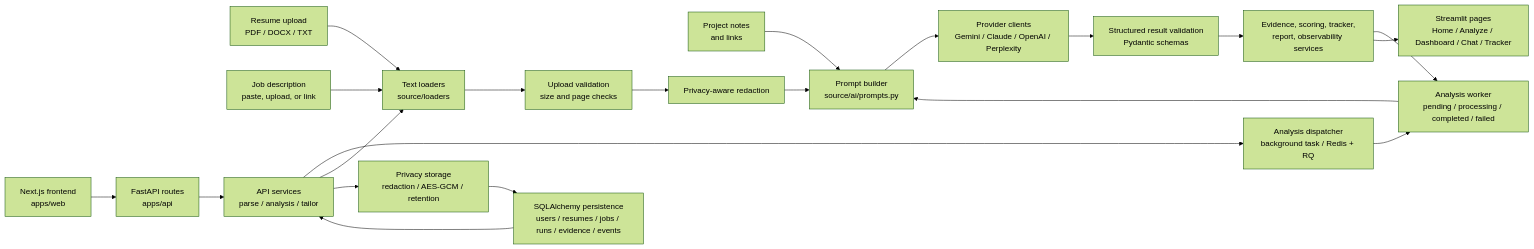
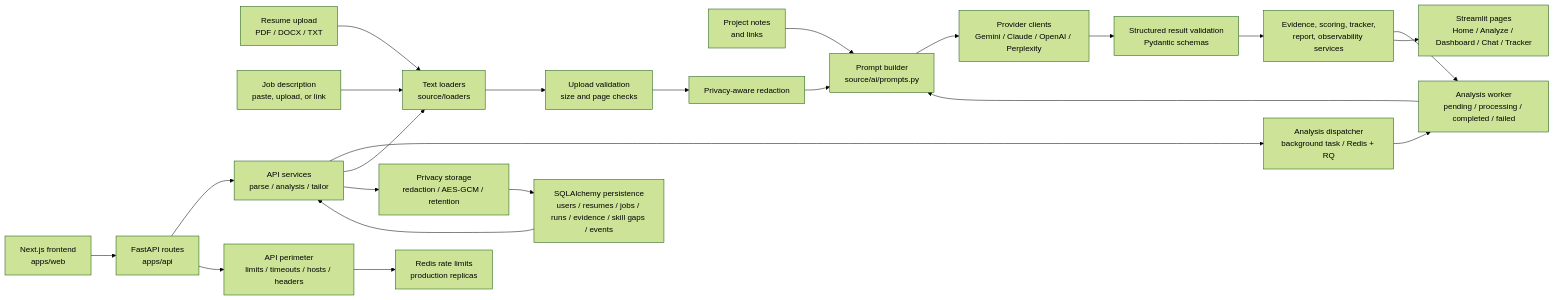
Before and after one commit to Sarthak2661/Truthfit-Resume-AI: the first of 2 diagrams in docs/architecture.md, drawn with Mermaid (forest theme). The commit also changed other lines of this file and 19 other files, not shown here.

````diff
--- a/docs/architecture.md
+++ b/docs/architecture.md
@@ -7,23 +7,25 @@
 ```mermaid
 flowchart LR
     resume["Resume upload<br>PDF / DOCX / TXT"] --> loaders["Text loaders<br>source/loaders"]
     jd["Job description<br>paste, upload, or link"] --> loaders
     links["Project notes<br>and links"] --> prompt["Prompt builder<br>source/ai/prompts.py"]
     web["Next.js frontend<br>apps/web"] --> api
     api["FastAPI routes<br>apps/api"] --> api_services["API services<br>parse / analysis / tailor"]
     api_services --> queue["Analysis dispatcher<br>background task / Redis + RQ"]
     queue --> worker["Analysis worker<br>pending / processing / completed / failed"]
     api_services --> loaders
     worker --> prompt
     loaders --> validation["Upload validation<br>size and page checks"]
     validation --> redaction["Privacy-aware redaction"]
     redaction --> prompt
     prompt --> providers["Provider clients<br>Gemini / Claude / OpenAI / Perplexity"]
     providers --> schema["Structured result validation<br>Pydantic schemas"]
     schema --> services["Evidence, scoring, tracker,<br>report, observability services"]
     api_services --> privacy["Privacy storage<br>redaction / AES-GCM / retention"]
-    privacy --> db["SQLAlchemy persistence<br>users / resumes / jobs / runs / evidence / events"]
+    privacy --> db["SQLAlchemy persistence<br>users / resumes / jobs / runs / evidence / skill gaps / events"]
+    api --> perimeter["API perimeter<br>limits / timeouts / hosts / headers"]
+    perimeter --> redis_limits["Redis rate limits<br>production replicas"]
     db --> api_services
     services --> worker
     services --> pages["Streamlit pages<br>Home / Analyze / Dashboard / Chat / Tracker"]
 ```
````
